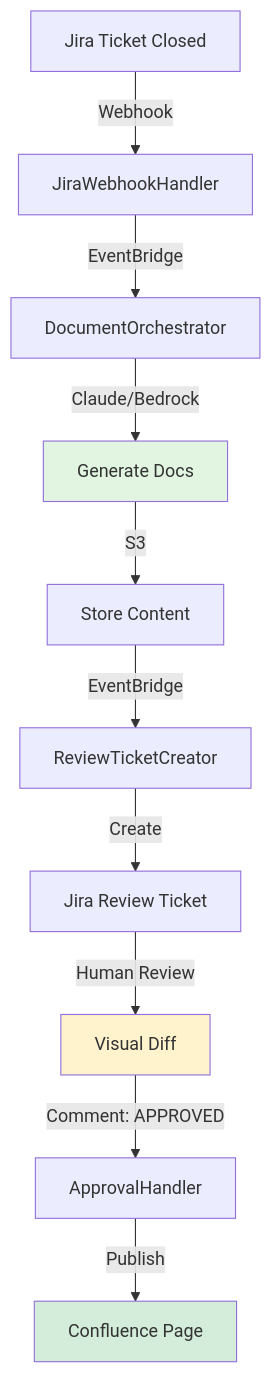
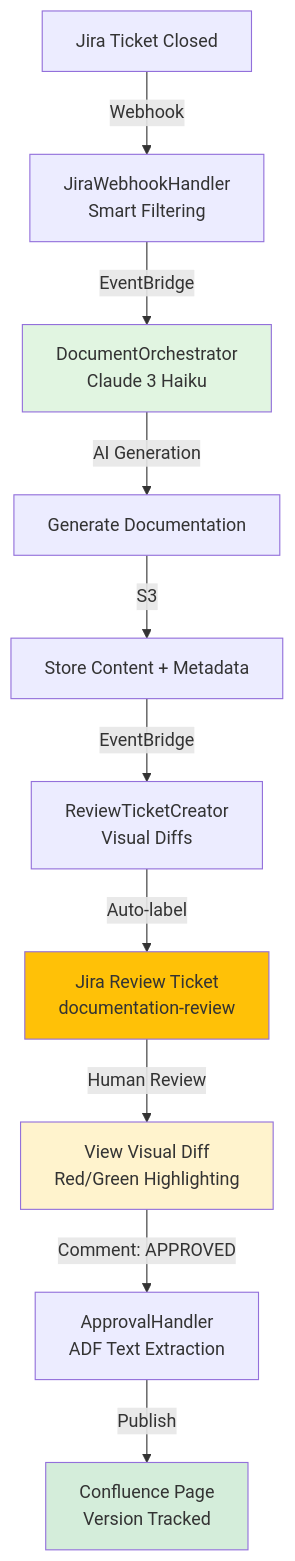
Before and after one commit to jaredgiosinuff/kinexus-ai: the diagram in README.md, drawn with Mermaid. The commit also changed other lines of this file and 5 other files, not shown here.

````diff
--- a/README.md
+++ b/README.md
@@ -45,16 +45,17 @@
 ```mermaid
 graph TB
-    A[Jira Ticket Closed] -->|Webhook| B[JiraWebhookHandler]
-    B -->|EventBridge| C[DocumentOrchestrator]
-    C -->|Claude/Bedrock| D[Generate Docs]
-    D -->|S3| E[Store Content]
-    E -->|EventBridge| F[ReviewTicketCreator]
-    F -->|Create| G[Jira Review Ticket]
-    G -->|Human Review| H[Visual Diff]
-    H -->|Comment: APPROVED| I[ApprovalHandler]
-    I -->|Publish| J[Confluence Page]
+    A[Jira Ticket Closed] -->|Webhook| B[JiraWebhookHandler<br/>Smart Filtering]
+    B -->|EventBridge| C[DocumentOrchestrator<br/>Claude 3 Haiku]
+    C -->|AI Generation| D[Generate Documentation]
+    D -->|S3| E[Store Content + Metadata]
+    E -->|EventBridge| F[ReviewTicketCreator<br/>Visual Diffs]
+    F -->|Auto-label| G[Jira Review Ticket<br/>documentation-review]
+    G -->|Human Review| H[View Visual Diff<br/>Red/Green Highlighting]
+    H -->|Comment: APPROVED| I[ApprovalHandler<br/>ADF Text Extraction]
+    I -->|Publish| J[Confluence Page<br/>Version Tracked]
 
-    style D fill:#e1f5e1
+    style C fill:#e1f5e1
     style H fill:#fff3cd
     style J fill:#d4edda
+    style G fill:#ffc107
 ```
````
